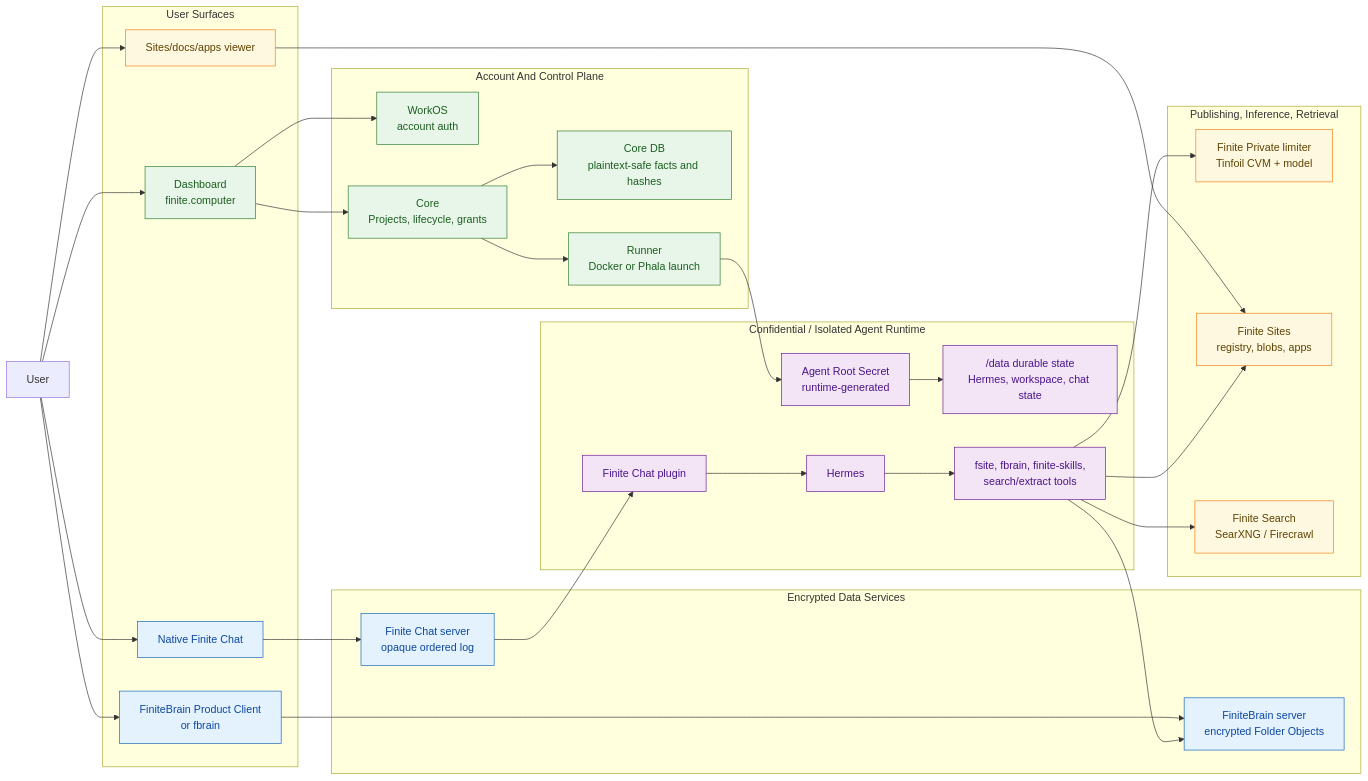
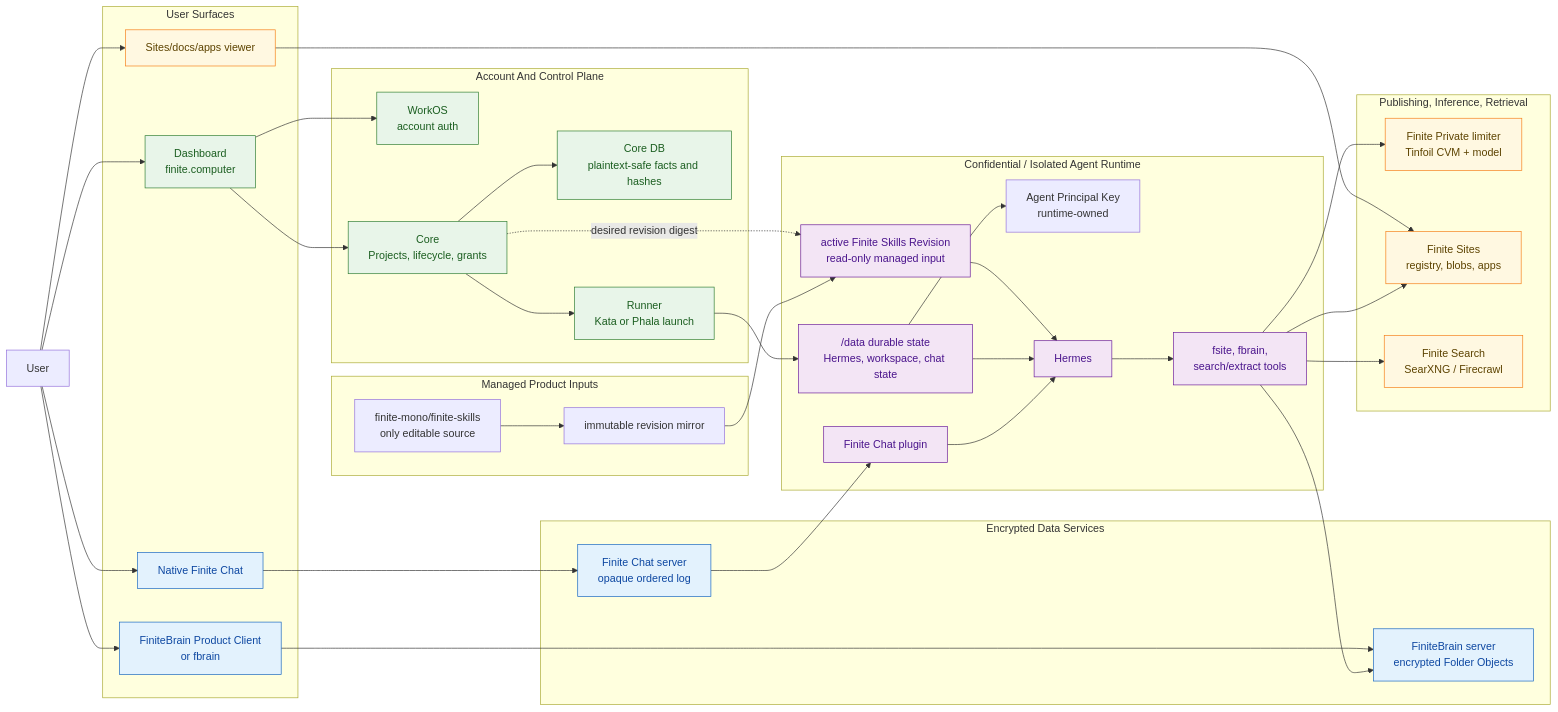
Before and after one commit to finitecomputer/finite-mono: the diagram in docs/system-flow-and-trust-boundaries.md, drawn with Mermaid. The commit also changed other lines of this file and 241 other files, not shown here.

Commit message:
feat: ship thin SaaS runtime and hosted agent slice

````diff
--- a/docs/system-flow-and-trust-boundaries.md
+++ b/docs/system-flow-and-trust-boundaries.md
@@ -51,71 +79,82 @@
 ```mermaid
 flowchart LR
   User["User"]
 
   subgraph UserSurfaces["User Surfaces"]
     Dashboard["Dashboard\nfinite.computer"]
     NativeChat["Native Finite Chat"]
     BrainClient["FiniteBrain Product Client\nor fbrain"]
     SitesViewer["Sites/docs/apps viewer"]
   end
 
   subgraph Control["Account And Control Plane"]
     WorkOS["WorkOS\naccount auth"]
     Core["Core\nProjects, lifecycle, grants"]
     CoreDb["Core DB\nplaintext-safe facts and hashes"]
-    Runner["Runner\nDocker or Phala launch"]
+    Runner["Runner\nKata or Phala launch"]
   end
 
   subgraph Runtime["Confidential / Isolated Agent Runtime"]
-    AgentRoot["Agent Root Secret\nruntime-generated"]
+    AgentKey["Agent Principal Key\nruntime-owned"]
     DataMount["/data durable state\nHermes, workspace, chat state"]
     Hermes["Hermes"]
     ChatPlugin["Finite Chat plugin"]
-    Tools["fsite, fbrain, finite-skills,\nsearch/extract tools"]
+    ManagedSkills["active Finite Skills Revision\nread-only managed input"]
+    Tools["fsite, fbrain,\nsearch/extract tools"]
+  end
+
+  subgraph ProductInputs["Managed Product Inputs"]
+    SkillsSource["finite-mono/finite-skills\nonly editable source"]
+    SkillsMirror["immutable revision mirror"]
+    SkillsSource --> SkillsMirror
   end
 
   subgraph EncryptedServices["Encrypted Data Services"]
     ChatServer["Finite Chat server\nopaque ordered log"]
     BrainServer["FiniteBrain server\nencrypted Folder Objects"]
   end
 
   subgraph OtherServices["Publishing, Inference, Retrieval"]
     Private["Finite Private limiter\nTinfoil CVM + model"]
     Sites["Finite Sites\nregistry, blobs, apps"]
     Search["Finite Search\nSearXNG / Firecrawl"]
   end
 
   User --> Dashboard
   Dashboard --> WorkOS
   Dashboard --> Core
   Core --> CoreDb
   Core --> Runner
-  Runner --> AgentRoot
+  Runner --> DataMount
 
   User --> NativeChat
   NativeChat --> ChatServer
   ChatServer --> ChatPlugin
   ChatPlugin --> Hermes
 
-  AgentRoot --> DataMount
+  DataMount --> AgentKey
+  DataMount --> Hermes
+  SkillsMirror --> ManagedSkills
+  Core -. "desired revision digest" .-> ManagedSkills
+  ManagedSkills --> Hermes
   Hermes --> Tools
   Tools --> Private
   Tools --> Sites
   Tools --> BrainServer
   Tools --> Search
 
   User --> BrainClient
   BrainClient --> BrainServer
   User --> SitesViewer
   SitesViewer --> Sites
 
   classDef account fill:#e8f5e9,stroke:#2e7d32,color:#1b5e20;
   classDef encrypted fill:#e3f2fd,stroke:#1565c0,color:#0d47a1;
   classDef runtime fill:#f3e5f5,stroke:#6a1b9a,color:#4a148c;
   classDef service fill:#fff8e1,stroke:#f57f17,color:#5d4300;
 
   class Dashboard,WorkOS,Core,CoreDb,Runner account;
   class ChatServer,BrainServer,NativeChat,BrainClient encrypted;
-  class AgentRoot,DataMount,Hermes,ChatPlugin,Tools runtime;
+  class AgentRoot,DataMount,Hermes,ChatPlugin,ManagedSkills,Tools runtime;
   class Private,Sites,Search,SitesViewer service;
 ```
````
